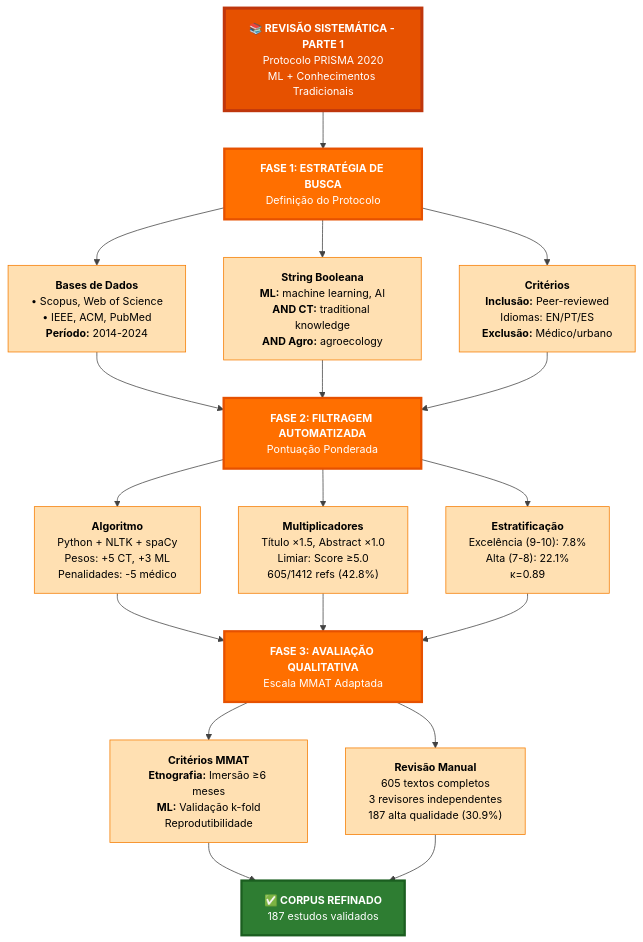
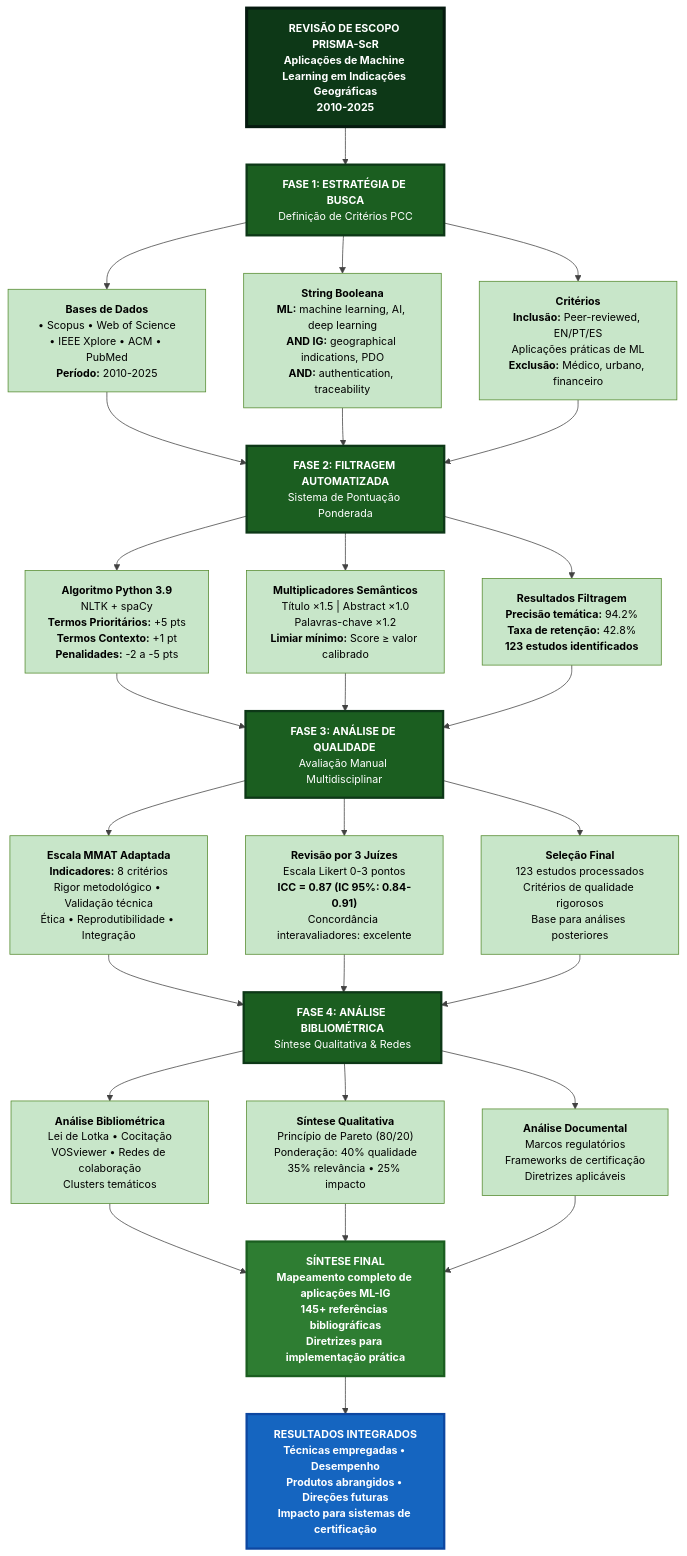
One commit to ldvsantos-uefs/revisaoescopo changed the diagram in 1-MANUSCRITO/2-FIGURAS/revisao_sistematica_parte1.mmd. Above: the diagram before and after it, drawn with Mermaid. The commit also changed other lines of this file and 13 other files, not shown here.

```diff
--- a/1-MANUSCRITO/2-FIGURAS/revisao_sistematica_parte1.mmd
+++ b/1-MANUSCRITO/2-FIGURAS/revisao_sistematica_parte1.mmd
@@ -1,52 +1,73 @@
-%%{init: {'theme': 'base', 'themeVariables': { 'fontSize': '14px', 'primaryColor': '#FFF3E0', 'primaryBorderColor': '#E65100', 'lineColor': '#424242', 'tertiaryColor': '#FFE0B2'}, 'flowchart': {'useMaxWidth': true, 'htmlLabels': true, 'curve': 'basis'}}}%%
+%%{init: {'theme': 'base', 'themeVariables': { 'fontSize': '14px', 'primaryColor': '#1B5E20', 'primaryBorderColor': '#0D3817', 'lineColor': '#424242', 'tertiaryColor': '#C8E6C9'}, 'flowchart': {'useMaxWidth': true, 'htmlLabels': true, 'curve': 'basis'}}}%%
 
-flowchart TB
+flowchart TD
     
-    START["<b>📚 REVISÃO SISTEMÁTICA - PARTE 1</b><br/>Protocolo PRISMA 2020<br/>ML + Conhecimentos Tradicionais"]
+    START["<b>REVISÃO DE ESCOPO PRISMA-ScR</b><br/>Aplicações de Machine Learning em Indicações Geográficas<br/>2010-2025"]
     
-    START --> RS1["<b>FASE 1: ESTRATÉGIA DE BUSCA</b><br/>Definição do Protocolo"]
+    START --> SEARCH["<b>FASE 1: ESTRATÉGIA DE BUSCA</b><br/>Definição de Critérios PCC"]
     
-    RS1 --> RS1A["<b>Bases de Dados</b><br/>• Scopus, Web of Science<br/>• IEEE, ACM, PubMed<br/><b>Período:</b> 2014-2024"]
+    SEARCH --> SEARCH_A["<b>Bases de Dados</b><br/>• Scopus • Web of Science<br/>• IEEE Xplore • ACM • PubMed<br/><b>Período:</b> 2010-2025"]
     
-    RS1 --> RS1B["<b>String Booleana</b><br/><b>ML:</b> machine learning, AI<br/><b>AND CT:</b> traditional knowledge<br/><b>AND Agro:</b> agroecology"]
+    SEARCH --> SEARCH_B["<b>String Booleana</b><br/><b>ML:</b> machine learning, AI, deep learning<br/><b>AND IG:</b> geographical indications, PDO<br/><b>AND:</b> authentication, traceability"]
     
-    RS1 --> RS1C["<b>Critérios</b><br/><b>Inclusão:</b> Peer-reviewed<br/>Idiomas: EN/PT/ES<br/><b>Exclusão:</b> Médico/urbano"]
+    SEARCH --> SEARCH_C["<b>Critérios</b><br/><b>Inclusão:</b> Peer-reviewed, EN/PT/ES<br/>Aplicações práticas de ML<br/><b>Exclusão:</b> Médico, urbano, financeiro"]
     
-    RS1A --> RS2["<b>FASE 2: FILTRAGEM AUTOMATIZADA</b><br/>Pontuação Ponderada"]
-    RS1B --> RS2
-    RS1C --> RS2
+    SEARCH_A --> FILTER["<b>FASE 2: FILTRAGEM AUTOMATIZADA</b><br/>Sistema de Pontuação Ponderada"]
+    SEARCH_B --> FILTER
+    SEARCH_C --> FILTER
     
-    RS2 --> RS2A["<b>Algoritmo</b><br/>Python + NLTK + spaCy<br/>Pesos: +5 CT, +3 ML<br/>Penalidades: -5 médico"]
+    FILTER --> FILTER_A["<b>Algoritmo Python 3.9</b><br/>NLTK + spaCy<br/><b>Termos Prioritários:</b> +5 pts<br/><b>Termos Contexto:</b> +1 pt<br/><b>Penalidades:</b> -2 a -5 pts"]
     
-    RS2 --> RS2B["<b>Multiplicadores</b><br/>Título ×1.5, Abstract ×1.0<br/>Limiar: Score ≥5.0<br/>605/1412 refs (42.8%)"]
+    FILTER --> FILTER_B["<b>Multiplicadores Semânticos</b><br/>Título ×1.5 | Abstract ×1.0<br/>Palavras-chave ×1.2<br/><b>Limiar mínimo:</b> Score ≥ valor calibrado"]
     
-    RS2 --> RS2C["<b>Estratificação</b><br/>Excelência (9-10): 7.8%<br/>Alta (7-8): 22.1%<br/>κ=0.89"]
+    FILTER --> FILTER_C["<b>Resultados Filtragem</b><br/><b>Precisão temática:</b> 94.2%<br/><b>Taxa de retenção:</b> 42.8%<br/><b>123 estudos identificados</b>"]
     
-    RS2A --> RS3["<b>FASE 3: AVALIAÇÃO QUALITATIVA</b><br/>Escala MMAT Adaptada"]
-    RS2B --> RS3
-    RS2C --> RS3
+    FILTER_A --> QUALITY["<b>FASE 3: ANÁLISE DE QUALIDADE</b><br/>Avaliação Manual Multidisciplinar"]
+    FILTER_B --> QUALITY
+    FILTER_C --> QUALITY
     
-    RS3 --> RS3A["<b>Critérios MMAT</b><br/><b>Etnografia:</b> Imersão ≥6 meses<br/><b>ML:</b> Validação k-fold<br/>Reprodutibilidade"]
+    QUALITY --> QUALITY_A["<b>Escala MMAT Adaptada</b><br/><b>Indicadores:</b> 8 critérios<br/>Rigor metodológico • Validação técnica<br/>Ética • Reprodutibilidade • Integração"]
     
-    RS3 --> RS3B["<b>Revisão Manual</b><br/>605 textos completos<br/>3 revisores independentes<br/>187 alta qualidade (30.9%)"]
+    QUALITY --> QUALITY_B["<b>Revisão por 3 Juízes</b><br/>Escala Likert 0-3 pontos<br/><b>ICC = 0.87 (IC 95%: 0.84-0.91)</b><br/>Concordância interavaliadores: excelente"]
     
-    RS3A --> OUTPUT1["<b>✅ CORPUS REFINADO</b><br/>187 estudos validados"]
-    RS3B --> OUTPUT1
+    QUALITY --> QUALITY_C["<b>Seleção Final</b><br/>123 estudos processados<br/>Critérios de qualidade rigorosos<br/>Base para análises posteriores"]
+    
+    QUALITY_A --> BIBLIO["<b>FASE 4: ANÁLISE BIBLIOMÉTRICA</b><br/>Síntese Qualitativa & Redes"]
+    QUALITY_B --> BIBLIO
+    QUALITY_C --> BIBLIO
+    
+    BIBLIO --> BIBLIO_A["<b>Análise Bibliométrica</b><br/>Lei de Lotka • Cocitação<br/>VOSviewer • Redes de colaboração<br/>Clusters temáticos"]
+    
+    BIBLIO --> BIBLIO_B["<b>Síntese Qualitativa</b><br/>Princípio de Pareto (80/20)<br/>Ponderação: 40% qualidade<br/>35% relevância • 25% impacto"]
+    
+    BIBLIO --> BIBLIO_C["<b>Análise Documental</b><br/>Marcos regulatórios<br/>Frameworks de certificação<br/>Diretrizes aplicáveis"]
+    
+    BIBLIO_A --> OUTPUT["<b>SÍNTESE FINAL</b><br/>Mapeamento completo de aplicações ML-IG<br/>145+ referências bibliográficas<br/>Diretrizes para implementação prática"]
+    BIBLIO_B --> OUTPUT
+    BIBLIO_C --> OUTPUT
+    
+    OUTPUT --> RESULT["<b>RESULTADOS INTEGRADOS</b><br/>Técnicas empregadas • Desempenho<br/>Produtos abrangidos • Direções futuras<br/>Impacto para sistemas de certificação"]
     
     %% ESTILOS
-    style START fill:#E65100,stroke:#BF360C,stroke-width:4px,color:#fff
+    style START fill:#0D3817,stroke:#051A0F,stroke-width:4px,color:#fff,font-weight:bold
     
-    style RS1 fill:#FF6F00,stroke:#E65100,stroke-width:3px,color:#fff
-    style RS2 fill:#FF6F00,stroke:#E65100,stroke-width:3px,color:#fff
-    style RS3 fill:#FF6F00,stroke:#E65100,stroke-width:3px,color:#fff
+    style SEARCH fill:#1B5E20,stroke:#0D3817,stroke-width:3px,color:#fff
+    style FILTER fill:#1B5E20,stroke:#0D3817,stroke-width:3px,color:#fff
+    style QUALITY fill:#1B5E20,stroke:#0D3817,stroke-width:3px,color:#fff
+    style BIBLIO fill:#1B5E20,stroke:#0D3817,stroke-width:3px,color:#fff
     
-    style RS1A fill:#FFE0B2,stroke:#F57C00,stroke-width:1px,color:#000
-    style RS1B fill:#FFE0B2,stroke:#F57C00,stroke-width:1px,color:#000
-    style RS1C fill:#FFE0B2,stroke:#F57C00,stroke-width:1px,color:#000
-    style RS2A fill:#FFE0B2,stroke:#F57C00,stroke-width:1px,color:#000
-    style RS2B fill:#FFE0B2,stroke:#F57C00,stroke-width:1px,color:#000
-    style RS2C fill:#FFE0B2,stroke:#F57C00,stroke-width:1px,color:#000
-    style RS3A fill:#FFE0B2,stroke:#F57C00,stroke-width:1px,color:#000
-    style RS3B fill:#FFE0B2,stroke:#F57C00,stroke-width:1px,color:#000
+    style SEARCH_A fill:#C8E6C9,stroke:#558B2F,stroke-width:1px,color:#000
+    style SEARCH_B fill:#C8E6C9,stroke:#558B2F,stroke-width:1px,color:#000
+    style SEARCH_C fill:#C8E6C9,stroke:#558B2F,stroke-width:1px,color:#000
+    style FILTER_A fill:#C8E6C9,stroke:#558B2F,stroke-width:1px,color:#000
+    style FILTER_B fill:#C8E6C9,stroke:#558B2F,stroke-width:1px,color:#000
+    style FILTER_C fill:#C8E6C9,stroke:#558B2F,stroke-width:1px,color:#000
+    style QUALITY_A fill:#C8E6C9,stroke:#558B2F,stroke-width:1px,color:#000
+    style QUALITY_B fill:#C8E6C9,stroke:#558B2F,stroke-width:1px,color:#000
+    style QUALITY_C fill:#C8E6C9,stroke:#558B2F,stroke-width:1px,color:#000
+    style BIBLIO_A fill:#C8E6C9,stroke:#558B2F,stroke-width:1px,color:#000
+    style BIBLIO_B fill:#C8E6C9,stroke:#558B2F,stroke-width:1px,color:#000
+    style BIBLIO_C fill:#C8E6C9,stroke:#558B2F,stroke-width:1px,color:#000
     
-    style OUTPUT1 fill:#2E7D32,stroke:#1B5E20,stroke-width:3px,color:#fff
+    style OUTPUT fill:#2E7D32,stroke:#1B5E20,stroke-width:3px,color:#fff,font-weight:bold
+    style RESULT fill:#1565C0,stroke:#0D47A1,stroke-width:3px,color:#fff,font-weight:bold
```
